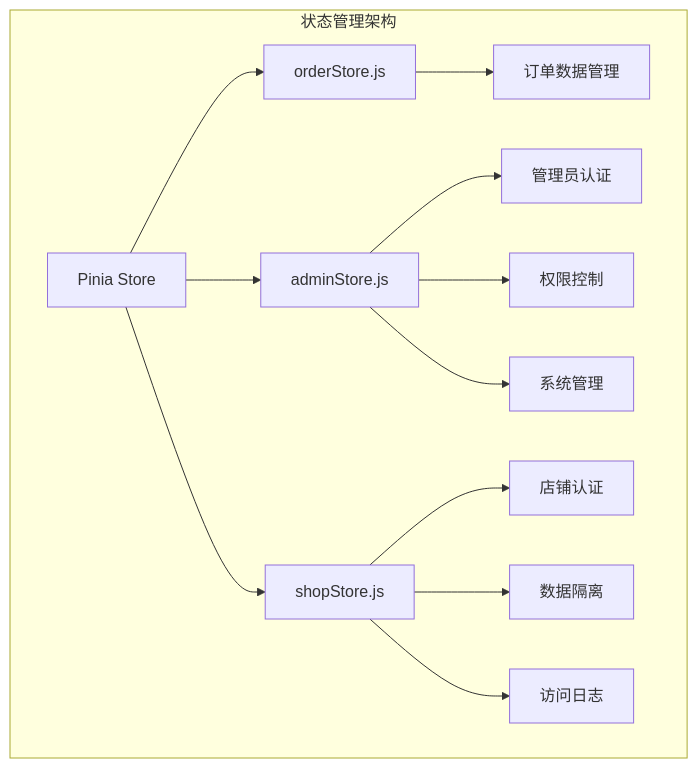
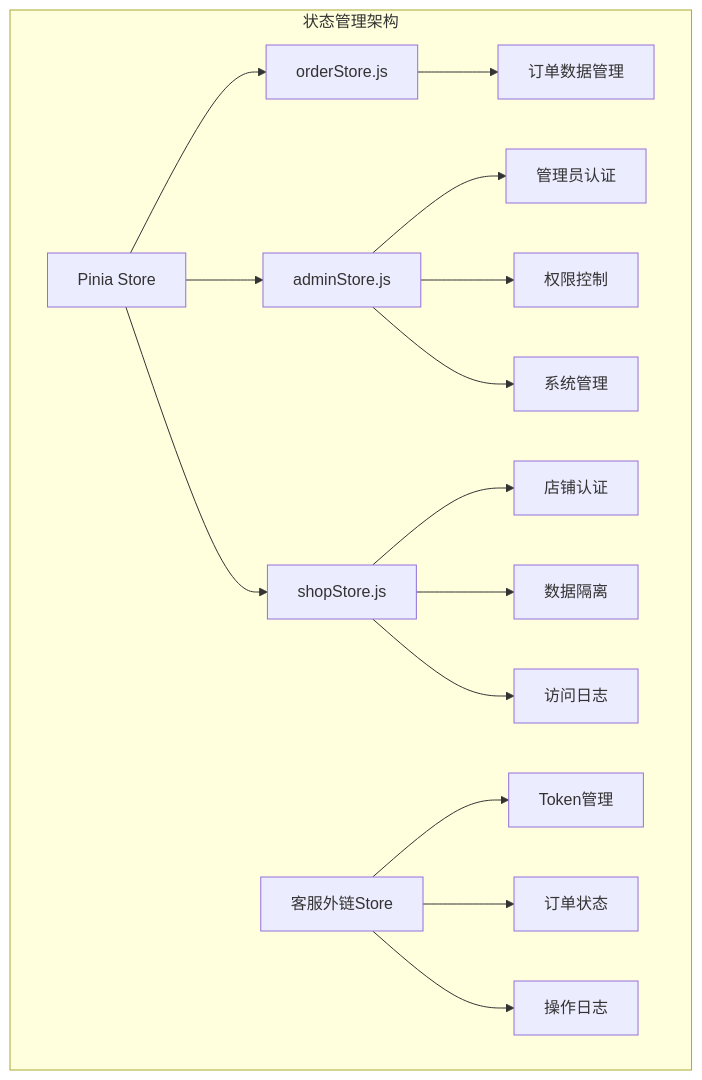
Before and after one commit to SY6621/POD-Order-Management: diagram 21 of 31 in .qoder/repowiki/zh/content/开发指南/Vue组件架构.md, drawn with Mermaid. The commit also changed other lines of this file and 15 other files, not shown here.

````diff
--- a/.qoder/repowiki/zh/content/开发指南/Vue组件架构.md
+++ b/.qoder/repowiki/zh/content/开发指南/Vue组件架构.md
@@ -683,15 +882,18 @@
 ```mermaid
 graph TB
 subgraph "状态管理架构"
 A[Pinia Store] --> B[orderStore.js]
 A --> C[adminStore.js]
 A --> D[shopStore.js]
 B --> B1[订单数据管理]
 C --> C1[管理员认证]
 C --> C2[权限控制]
 C --> C3[系统管理]
 D --> D1[店铺认证]
 D --> D2[数据隔离]
 D --> D3[访问日志]
+E[客服外链Store] --> E1[Token管理]
+E --> E2[订单状态]
+E --> E3[操作日志]
 end
 ```
````
